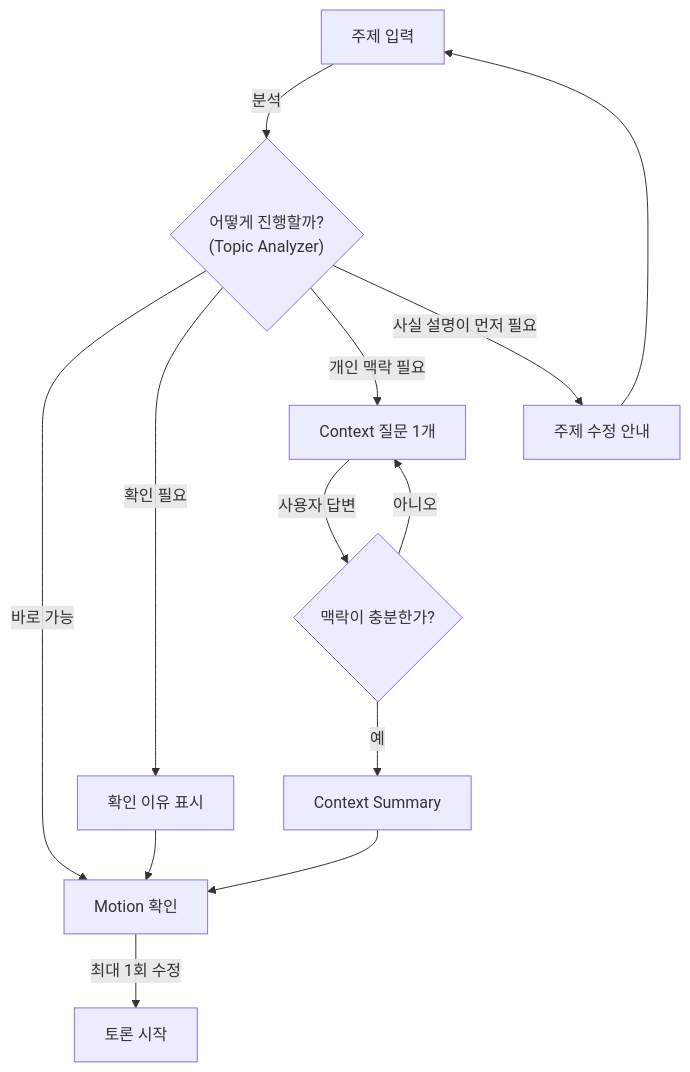
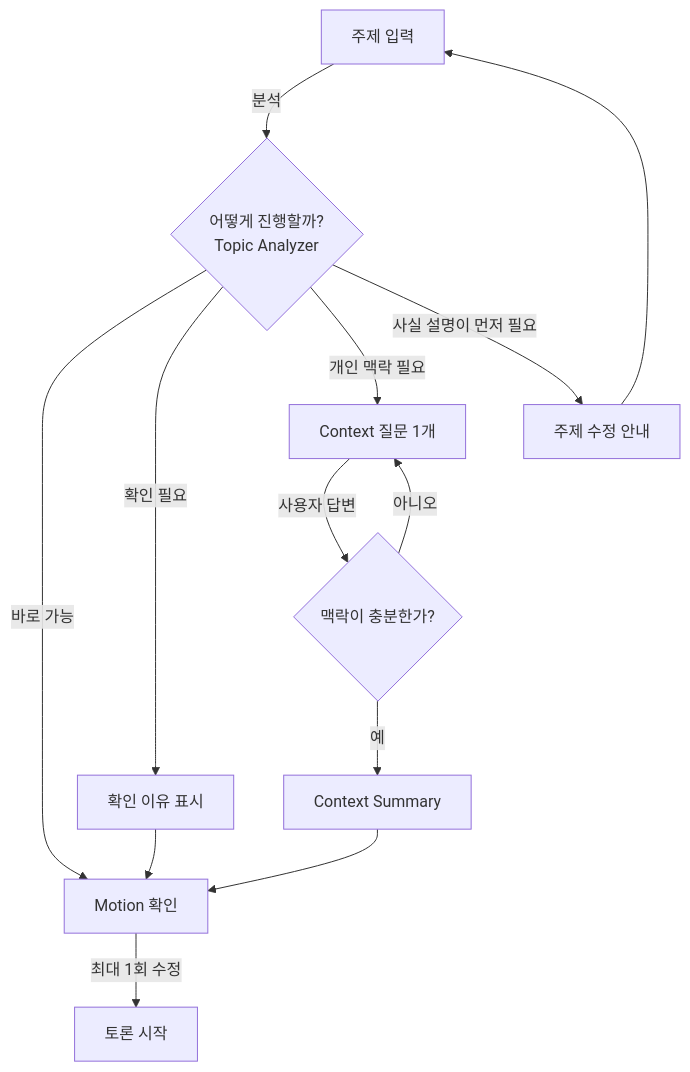
One commit to hodob/A1-3 changed the first of 5 diagrams in README.md. Above: the diagram before and after it, drawn with Mermaid. The commit also changed other lines of this file, not shown here.

Commit message:
docs: reorganize README around core debate flow

````diff
--- a/README.md
+++ b/README.md
@@ -32,17 +28,17 @@
-```mermaid
+~~~mermaid
 flowchart TD
-    A[주제 입력] -->|분석| B{"어떻게 진행할까?<br/>(Topic Analyzer)"}
+    A[주제 입력] -->|분석| B{"어떻게 진행할까?<br/>Topic Analyzer"}
     B -->|바로 가능| M[Motion 확인]
     B -->|확인 필요| C[확인 이유 표시]
     C --> M
 
     B -->|개인 맥락 필요| D[Context 질문 1개]
     D -->|사용자 답변| E{맥락이 충분한가?}
     E -->|아니오| D
     E -->|예| F[Context Summary]
     F --> M
 
     B -->|사실 설명이 먼저 필요| I[주제 수정 안내]
     I --> A
     M -->|최대 1회 수정| Z[토론 시작]
-```
+~~~
````
